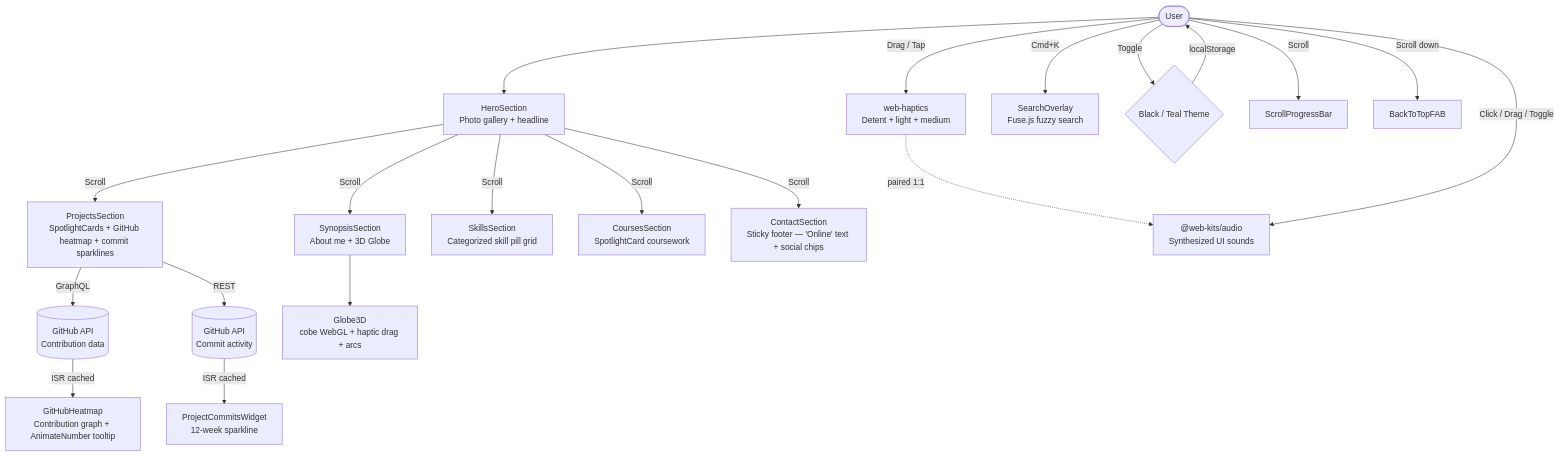
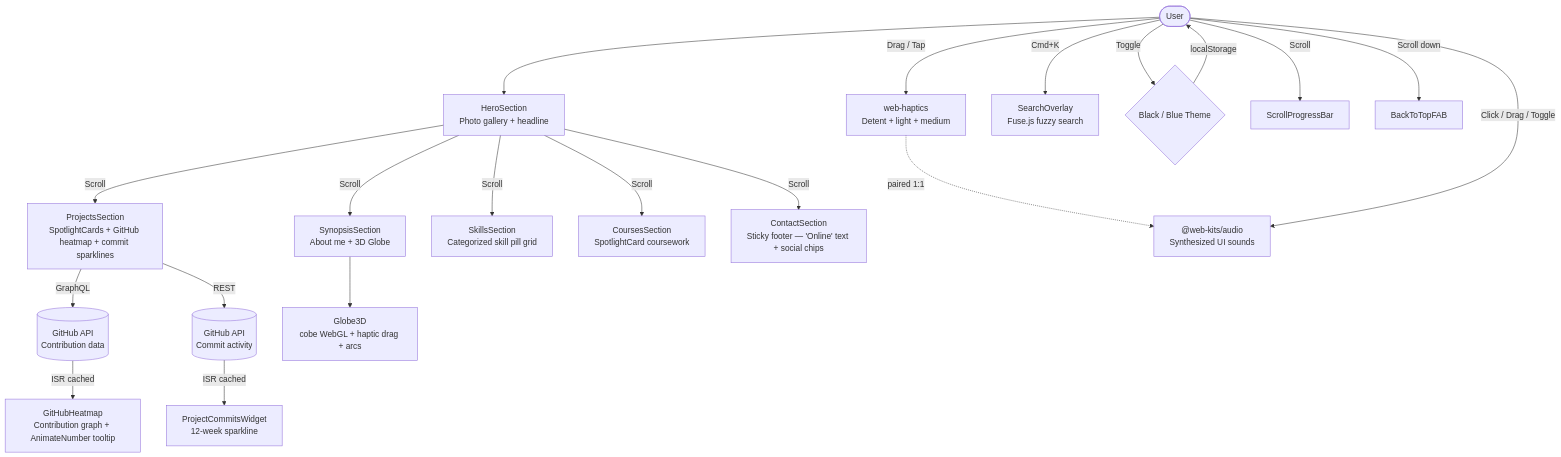
The first of 2 diagrams in README.md (hoangngo-sudo/portfolio), drawn with Mermaid before and after one commit. The commit also changed other lines of this file, not shown here.

````diff
--- a/README.md
+++ b/README.md
@@ -7,29 +7,29 @@
 ```mermaid
 flowchart TB
     USER([User]) --> HERO["HeroSection<br/>Photo gallery + headline"]
     HERO --> |Scroll| SYNOPSIS["SynopsisSection<br/>About me + 3D Globe"]
     HERO --> |Scroll| PROJECTS["ProjectsSection<br/>SpotlightCards + GitHub heatmap + commit sparklines"]
     HERO --> |Scroll| SKILLS["SkillsSection<br/>Categorized skill pill grid"]
     HERO --> |Scroll| COURSES["CoursesSection<br/>SpotlightCard coursework"]
     HERO --> |Scroll| CONTACT["ContactSection<br/>Sticky footer — 'Online' text + social chips"]
 
     HAPTICS -.->|paired 1:1| AUDIO
 
     USER --> |Cmd+K| SEARCH["SearchOverlay<br/>Fuse.js fuzzy search"]
 
     PROJECTS --> |GraphQL| GITHUB[("GitHub API<br/>Contribution data")]
     GITHUB --> |ISR cached| HEATMAP["GitHubHeatmap<br/>Contribution graph + AnimateNumber tooltip"]
     PROJECTS --> |REST| GHREST[("GitHub API<br/>Commit activity")]
     GHREST --> |ISR cached| COMMITS["ProjectCommitsWidget<br/>12-week sparkline"]
 
     SYNOPSIS --> GLOBE["Globe3D<br/>cobe WebGL + haptic drag + arcs"]
 
-    USER --> |Toggle| THEME{"Black / Teal Theme"}
+    USER --> |Toggle| THEME{"Black / Blue Theme"}
     THEME --> |localStorage| USER
 
     USER --> |Drag / Tap| HAPTICS["web-haptics<br/>Detent + light + medium"]
     USER --> |Click / Drag / Toggle| AUDIO["@web-kits/audio<br/>Synthesized UI sounds"]
 
     USER --> |Scroll| PROGRESS["ScrollProgressBar"]
     USER --> |Scroll down| FAB["BackToTopFAB"]
 ```
````
